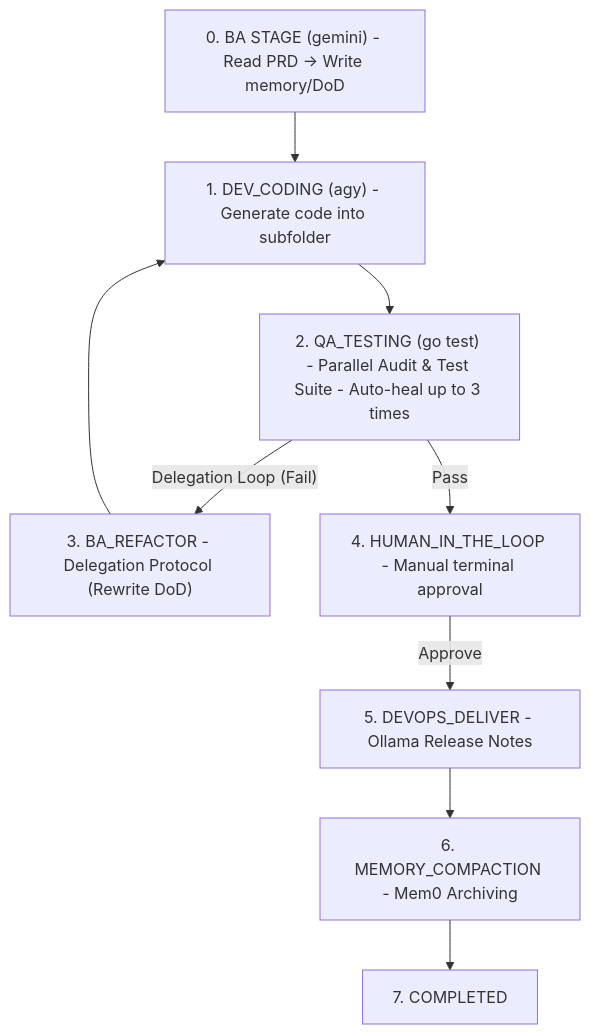
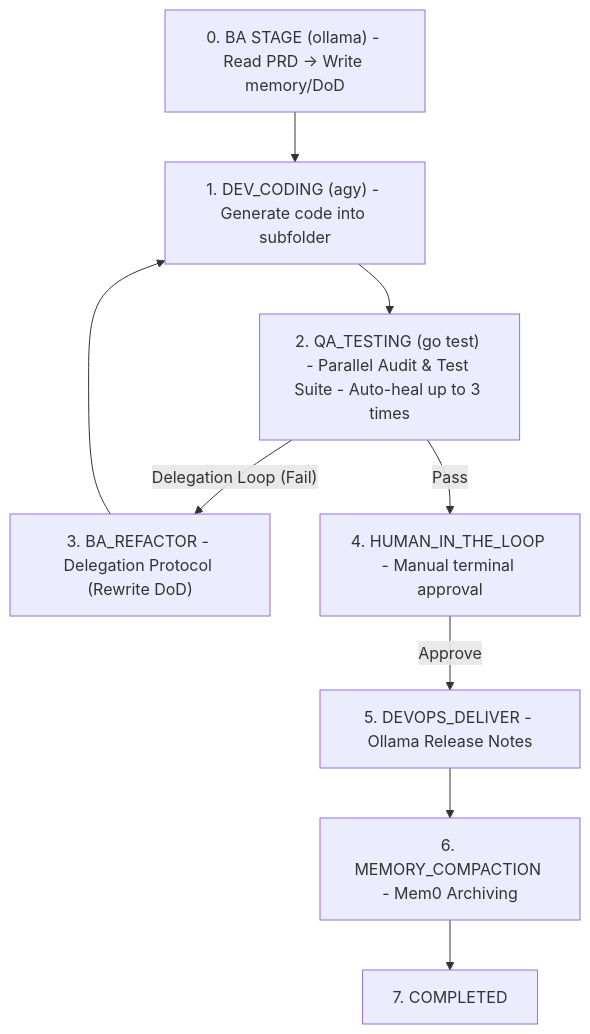
One commit to dothanhlam/harness-engineering changed the diagram in README.md. Above: the diagram before and after it, drawn with Mermaid. The commit also changed other lines of this file and 3 other files, not shown here.

````diff
--- a/README.md
+++ b/README.md
@@ -11,20 +11,20 @@
 ```mermaid
 flowchart TD
-    BA["0. BA STAGE (gemini) - Read PRD -> Write memory/DoD"]
+    BA["0. BA STAGE (ollama) - Read PRD -> Write memory/DoD"]
     DEV["1. DEV_CODING (agy) - Generate code into subfolder"]
     QA["2. QA_TESTING (go test) - Parallel Audit & Test Suite - Auto-heal up to 3 times"]
     BA_REF["3. BA_REFACTOR - Delegation Protocol (Rewrite DoD)"]
     HITL["4. HUMAN_IN_THE_LOOP - Manual terminal approval"]
     DEVOPS["5. DEVOPS_DELIVER - Ollama Release Notes"]
     COMPACT["6. MEMORY_COMPACTION - Mem0 Archiving"]
     DONE["7. COMPLETED"]
 
     BA --> DEV
     DEV --> QA
     QA -- "Delegation Loop (Fail)" --> BA_REF
     BA_REF --> DEV
     QA -- "Pass" --> HITL
     HITL -- "Approve" --> DEVOPS
     DEVOPS --> COMPACT
     COMPACT --> DONE
 ```
````
